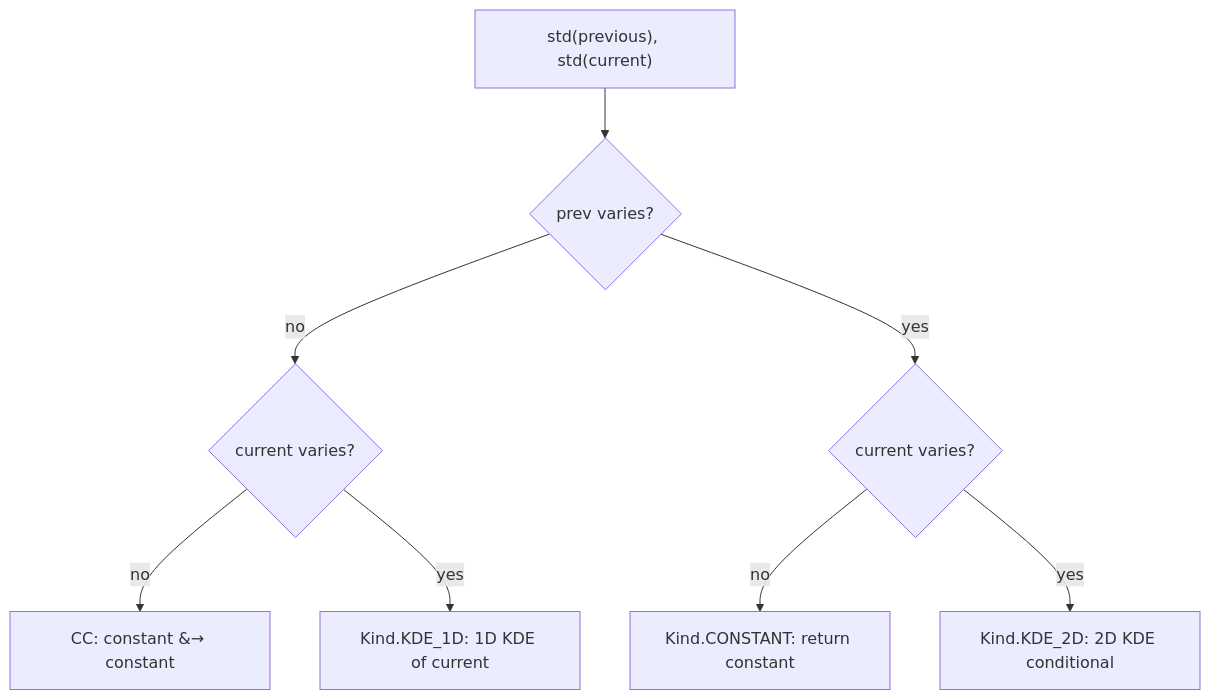
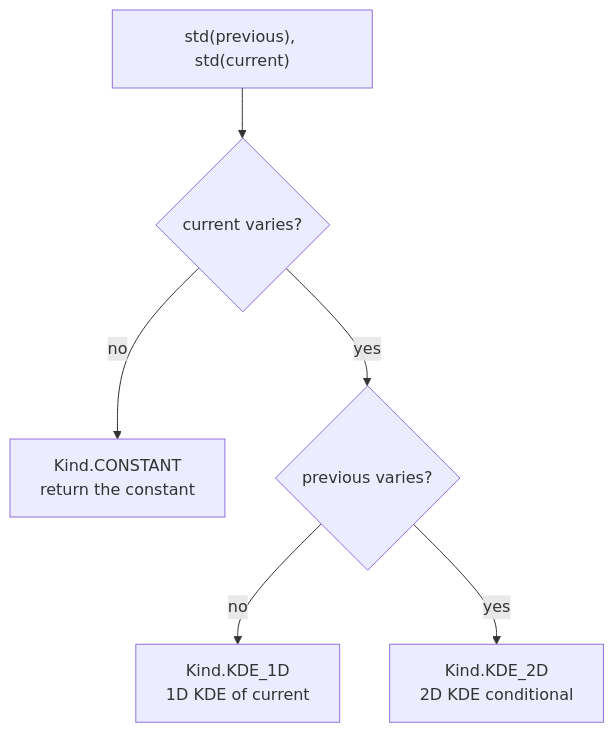
The third of 6 diagrams in docs/source/theory.md (npapnet/meteosynth), drawn with Mermaid before and after one commit. The commit also changed other lines of this file and 11 other files, not shown here.

````diff
--- a/docs/source/theory.md
+++ b/docs/source/theory.md
@@ -99,10 +130,8 @@
 ```{mermaid}
 flowchart TD
-    S["std(previous), std(current)"] --> Q1{"prev varies?"}
-    Q1 -->|no| Q2{"current varies?"}
-    Q1 -->|yes| Q3{"current varies?"}
-    Q2 -->|no| CC["CC: constant &#8594; constant"]
-    Q2 -->|yes| CN["Kind.KDE_1D: 1D KDE of current"]
-    Q3 -->|no| NC["Kind.CONSTANT: return constant"]
-    Q3 -->|yes| NN["Kind.KDE_2D: 2D KDE conditional"]
+    S["std(previous), std(current)"] --> Q1{"current varies?"}
+    Q1 -->|no| C["Kind.CONSTANT<br/>return the constant"]
+    Q1 -->|yes| Q2{"previous varies?"}
+    Q2 -->|no| K1["Kind.KDE_1D<br/>1D KDE of current"]
+    Q2 -->|yes| K2["Kind.KDE_2D<br/>2D KDE conditional"]
 ```
````
